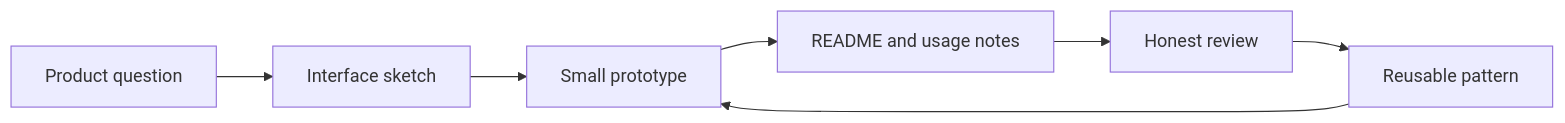
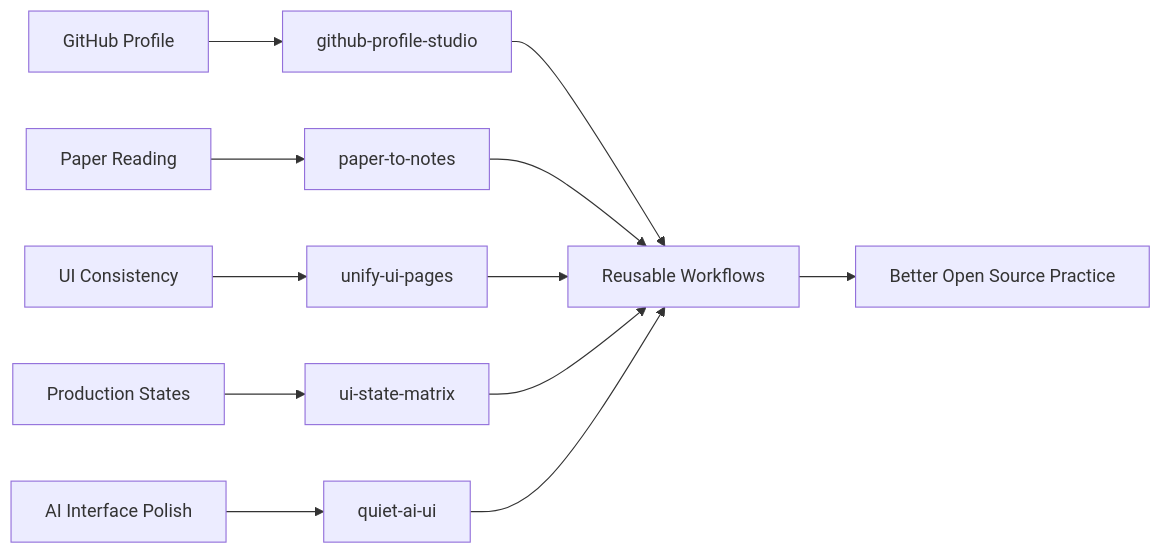
The diagram in README.md (AuGa7/AuGa7), drawn with Mermaid before and after one commit. The commit also changed other lines of this file, not shown here.

Commit message:
Revamp profile as tech portfolio

````diff
--- a/README.md
+++ b/README.md
@@ -154,9 +140,14 @@
 ```mermaid
 flowchart LR
-  A["Product question"] --> B["Interface sketch"]
-  B --> C["Small prototype"]
-  C --> D["README and usage notes"]
-  D --> E["Honest review"]
-  E --> F["Reusable pattern"]
-  F --> C
+  K["GitHub Profile"] --> L["github-profile-studio"]
+  A["Paper Reading"] --> B["paper-to-notes"]
+  C["UI Consistency"] --> D["unify-ui-pages"]
+  E["Production States"] --> F["ui-state-matrix"]
+  G["AI Interface Polish"] --> H["quiet-ai-ui"]
+  L --> I["Reusable Workflows"]
+  B --> I["Reusable Workflows"]
+  D --> I
+  F --> I
+  H --> I
+  I --> J["Better Open Source Practice"]
 ```
````
